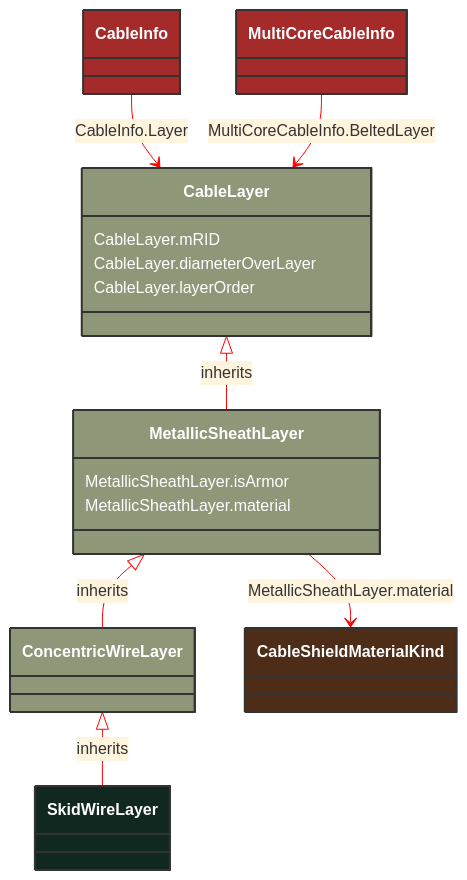
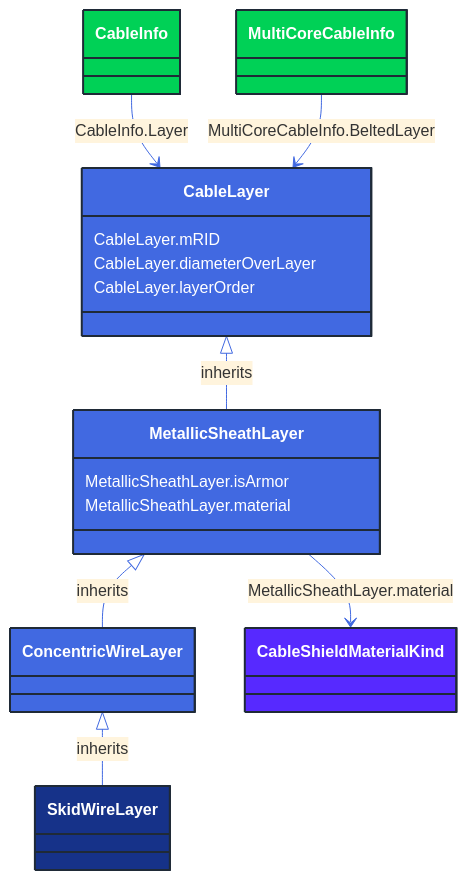
Before and after one commit to 3lbits/NoCIMExtensions: the diagram in docs/Models/Profiles/SubseaCableInfo/ConcreteClasses/SkidWireLayer.md, drawn with Mermaid. The commit also changed 362 other files, not shown here.

First line of the commit message:
Update diagrams and styles for improved visual consistency

````diff
--- a/docs/Models/Profiles/SubseaCableInfo/ConcreteClasses/SkidWireLayer.md
+++ b/docs/Models/Profiles/SubseaCableInfo/ConcreteClasses/SkidWireLayer.md
@@ -8,44 +8,44 @@
 ```mermaid
-%%{init: {'theme':'base','themeVariables': {'lineColor': '#FF0000'}}}%%
+%%{init: {'theme':'base','themeVariables': {'lineColor': '#4169E1'}}}%%
 classDiagram
     class SkidWireLayer
     click SkidWireLayer href "/Models/Profiles/SubseaCableInfo/ConcreteClasses/SkidWireLayer/"
-    style SkidWireLayer fill:#102820,stroke:#333,stroke-width:2px,rx:10,ry:10,color:white
+    style SkidWireLayer fill:#163289,stroke:#1F2A37,stroke-width:2px,rx:10,ry:10,color:white
      
         ConcentricWireLayer <|-- SkidWireLayer : inherits
             click ConcentricWireLayer href "/Models/Profiles/SubseaCableInfo/ConcreteClasses/ConcentricWireLayer/"
-            style ConcentricWireLayer fill:#8F9779,stroke:#333,stroke-width:2px,rx:10,ry:10,color:white
+            style ConcentricWireLayer fill:#4169E1,stroke:#1F2A37,stroke-width:2px,rx:10,ry:10,color:white
      
         MetallicSheathLayer <|-- ConcentricWireLayer : inherits
             click MetallicSheathLayer href "/Models/Profiles/SubseaCableInfo/ConcreteClasses/MetallicSheathLayer/"
-            style MetallicSheathLayer fill:#8F9779,stroke:#333,stroke-width:2px,rx:10,ry:10,color:white
+            style MetallicSheathLayer fill:#4169E1,stroke:#1F2A37,stroke-width:2px,rx:10,ry:10,color:white
      
         CableLayer <|-- MetallicSheathLayer : inherits
             click CableLayer href "/Models/Profiles/SubseaCableInfo/AbstractClasses/CableLayer/"
-            style CableLayer fill:#8F9779,stroke:#333,stroke-width:2px,rx:10,ry:10,color:white
+            style CableLayer fill:#4169E1,stroke:#1F2A37,stroke-width:2px,rx:10,ry:10,color:white
 
 
         CableInfo --> CableLayer : CableInfo.Layer
 
         CableInfo
             click CableInfo href "/Models/Profiles/SubseaCableInfo/ConcreteClasses/CableInfo/"
-            style CableInfo fill:#A52A2A,stroke:#333,stroke-width:2px,rx:10,ry:10,color:white
+            style CableInfo fill:#00D156,stroke:#1F2A37,stroke-width:2px,rx:10,ry:10,color:white
 
         MultiCoreCableInfo --> CableLayer : MultiCoreCableInfo.BeltedLayer
 
         MultiCoreCableInfo
             click MultiCoreCableInfo href "/Models/Profiles/SubseaCableInfo/ConcreteClasses/MultiCoreCableInfo/"
-            style MultiCoreCableInfo fill:#A52A2A,stroke:#333,stroke-width:2px,rx:10,ry:10,color:white
+            style MultiCoreCableInfo fill:#00D156,stroke:#1F2A37,stroke-width:2px,rx:10,ry:10,color:white
 
         MetallicSheathLayer --> CableShieldMaterialKind : MetallicSheathLayer.material
 
         CableShieldMaterialKind
             click CableShieldMaterialKind href "/Models/Profiles/SubseaCableInfo/Enumerations/CableShieldMaterialKind/"
-            style CableShieldMaterialKind fill:#4D2D18,stroke:#333,stroke-width:2px,rx:10,ry:10,color:white
+            style CableShieldMaterialKind fill:#5729FF,stroke:#1F2A37,stroke-width:2px,rx:10,ry:10,color:white
 
         MetallicSheathLayer : MetallicSheathLayer.isArmor
         MetallicSheathLayer : MetallicSheathLayer.material
         CableLayer : CableLayer.mRID
         CableLayer : CableLayer.diameterOverLayer
         CableLayer : CableLayer.layerOrder
 ```
````
